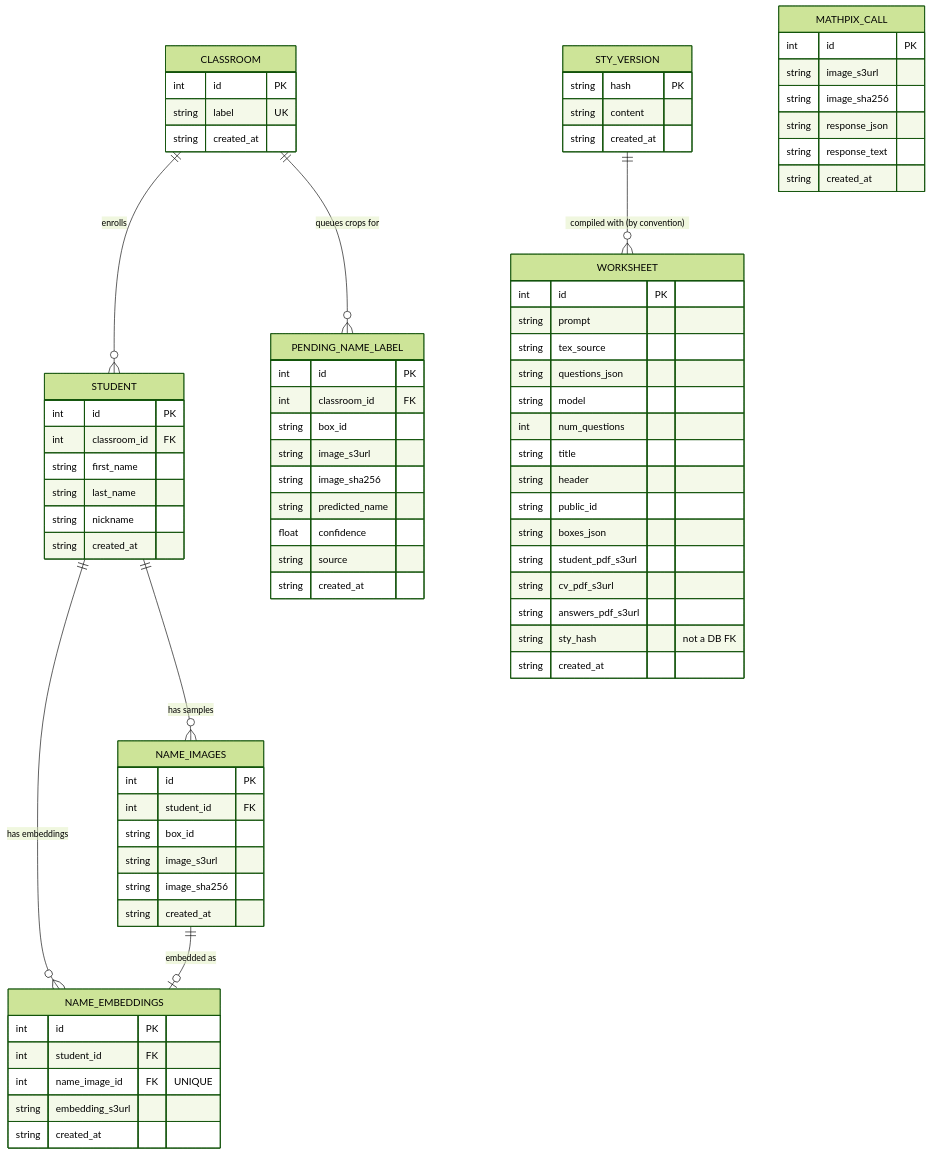
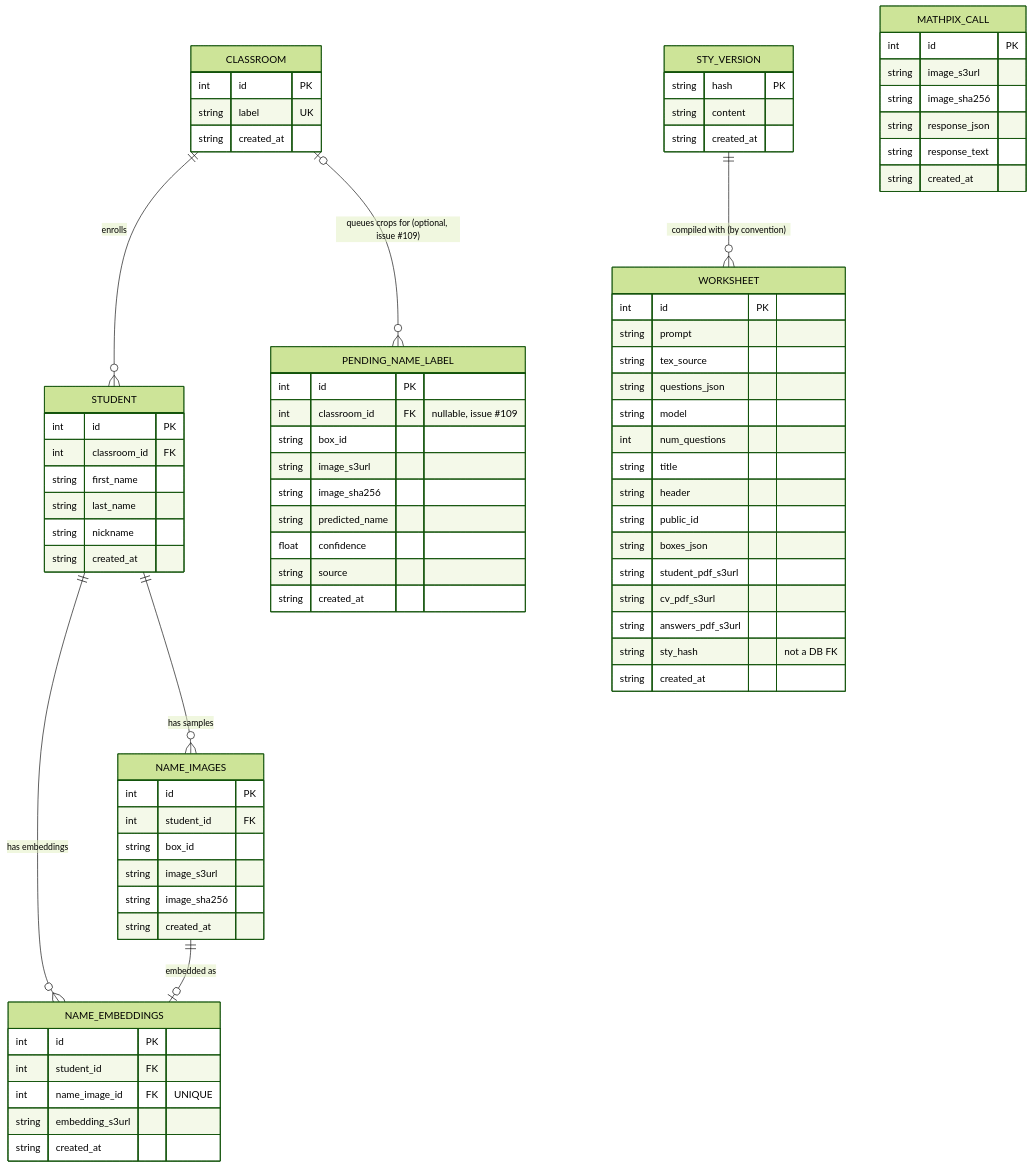
One commit to hoj201/grader_bot changed the diagram in README.md. Above: the diagram before and after it, drawn with Mermaid (forest theme). The commit also changed other lines of this file and 13 other files, not shown here.

````diff
--- a/README.md
+++ b/README.md
@@ -59,79 +61,79 @@
 ```mermaid
 erDiagram
     CLASSROOM ||--o{ STUDENT : enrolls
-    CLASSROOM ||--o{ PENDING_NAME_LABEL : "queues crops for"
+    CLASSROOM |o--o{ PENDING_NAME_LABEL : "queues crops for (optional, issue #109)"
     STUDENT ||--o{ NAME_IMAGES : "has samples"
     STUDENT ||--o{ NAME_EMBEDDINGS : "has embeddings"
     NAME_IMAGES ||--o| NAME_EMBEDDINGS : "embedded as"
     STY_VERSION ||--o{ WORKSHEET : "compiled with (by convention)"
 
     CLASSROOM {
         int id PK
         string label UK
         string created_at
     }
     STUDENT {
         int id PK
         int classroom_id FK
         string first_name
         string last_name
         string nickname
         string created_at
     }
     NAME_IMAGES {
         int id PK
         int student_id FK
         string box_id
         string image_s3url
         string image_sha256
         string created_at
     }
     NAME_EMBEDDINGS {
         int id PK
         int student_id FK
         int name_image_id FK "UNIQUE"
         string embedding_s3url
         string created_at
     }
     PENDING_NAME_LABEL {
         int id PK
-        int classroom_id FK
+        int classroom_id FK "nullable, issue #109"
         string box_id
         string image_s3url
         string image_sha256
         string predicted_name
         float confidence
         string source
         string created_at
     }
     WORKSHEET {
         int id PK
         string prompt
         string tex_source
         string questions_json
         string model
         int num_questions
         string title
         string header
         string public_id
         string boxes_json
         string student_pdf_s3url
         string cv_pdf_s3url
         string answers_pdf_s3url
         string sty_hash "not a DB FK"
         string created_at
     }
     STY_VERSION {
         string hash PK
         string content
         string created_at
     }
     MATHPIX_CALL {
         int id PK
         string image_s3url
         string image_sha256
         string response_json
         string response_text
         string created_at
     }
 ```
````
